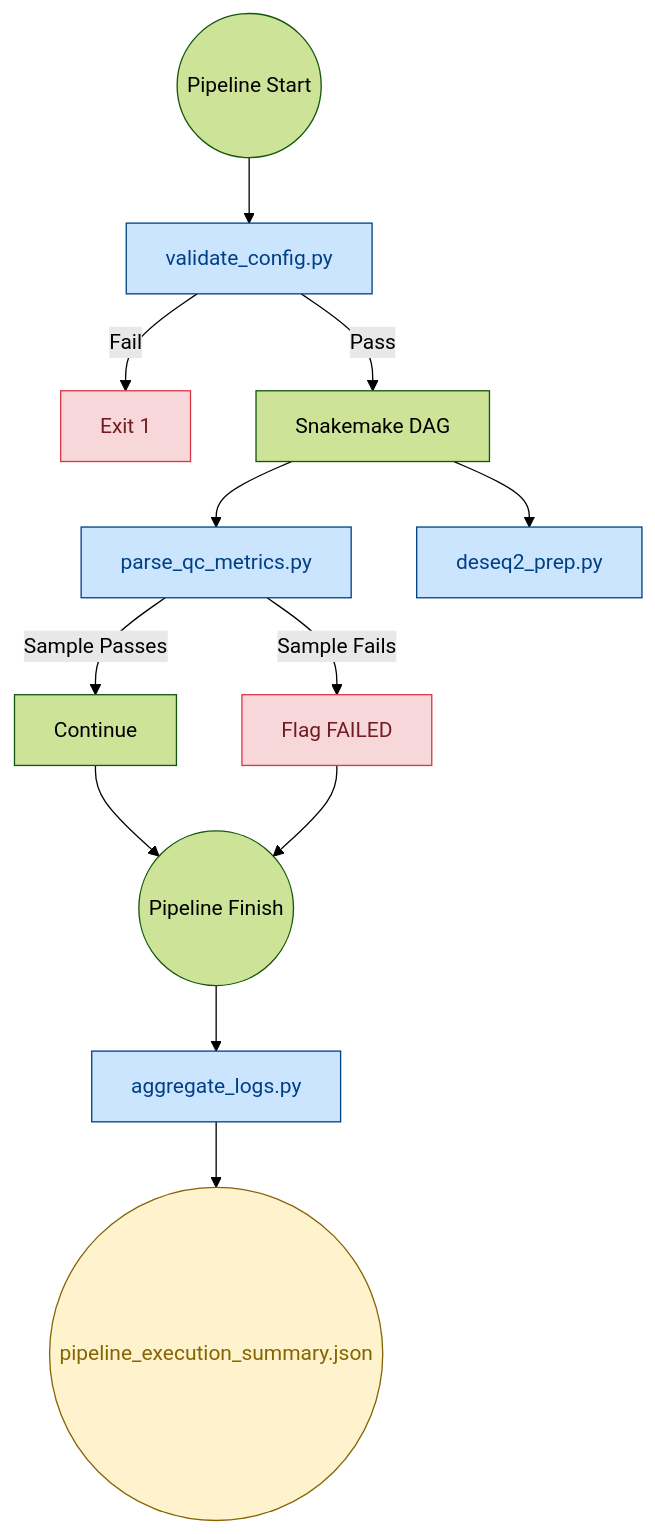
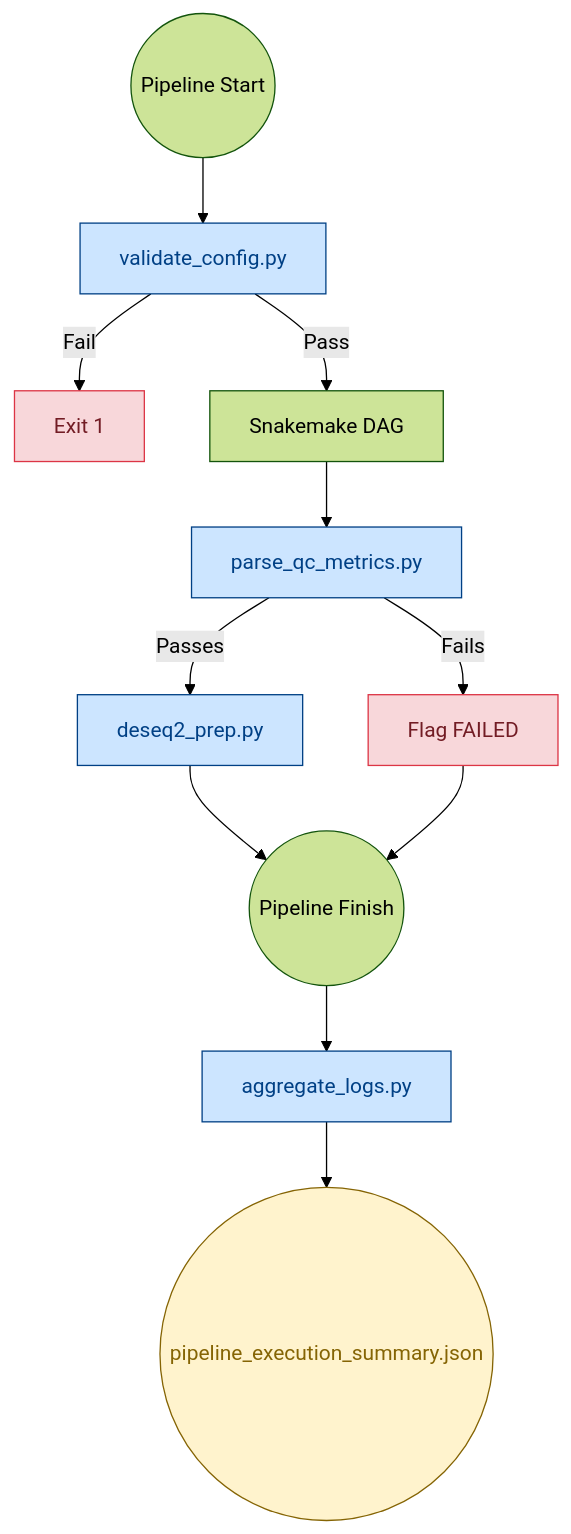
One commit to BDB-Genomics/bdb-rnaseq changed the first of 7 diagrams in rules/scripts/README.md. Above: the diagram before and after it, drawn with Mermaid (forest theme). The commit also changed other lines of this file, not shown here.

````diff
--- a/rules/scripts/README.md
+++ b/rules/scripts/README.md
@@ -9,25 +9,23 @@
 ```mermaid
 graph TD
     Start((Pipeline Start)) --> V[validate_config.py]
     V -- Fail --> Halt1[Exit 1]
     V -- Pass --> DAG[Snakemake DAG]
 
     DAG --> QC[parse_qc_metrics.py]
-    QC -- Sample Fails --> Halt2[Flag FAILED]
-    QC -- Sample Passes --> Continue[Continue]
+    QC -- Fails --> Halt2[Flag FAILED]
+    QC -- Passes --> DESeq2[deseq2_prep.py]
 
-    DAG --> DESeq2[deseq2_prep.py]
-
-    Continue --> End((Pipeline Finish))
+    DESeq2 --> End((Pipeline Finish))
     Halt2 --> End
     End --> A[aggregate_logs.py]
     A --> JSON((pipeline_execution_summary.json))
 
     classDef script fill:#cce5ff,stroke:#004085,color:#004085;
     classDef halt fill:#f8d7da,stroke:#dc3545,color:#721c24;
     classDef artifact fill:#fff3cd,stroke:#856404,color:#856404;
 
     class V,QC,DESeq2,A script;
     class Halt1,Halt2 halt;
     class JSON artifact;
 ```
````
